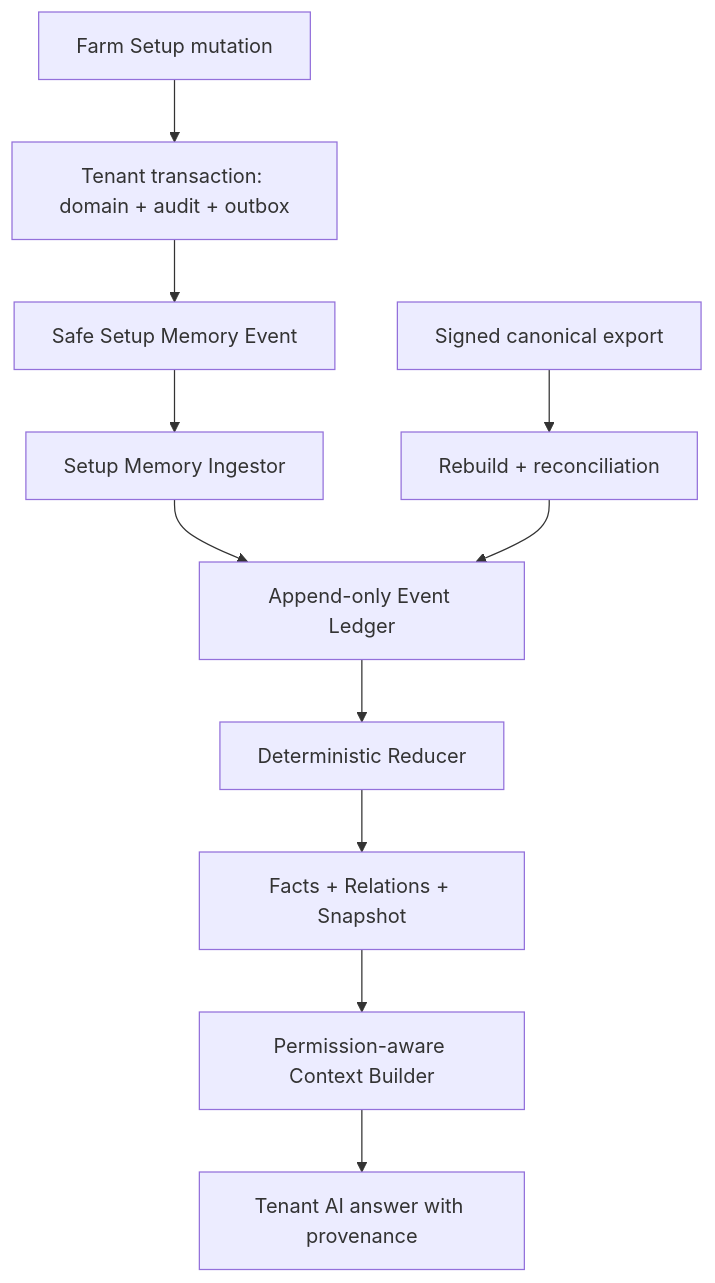
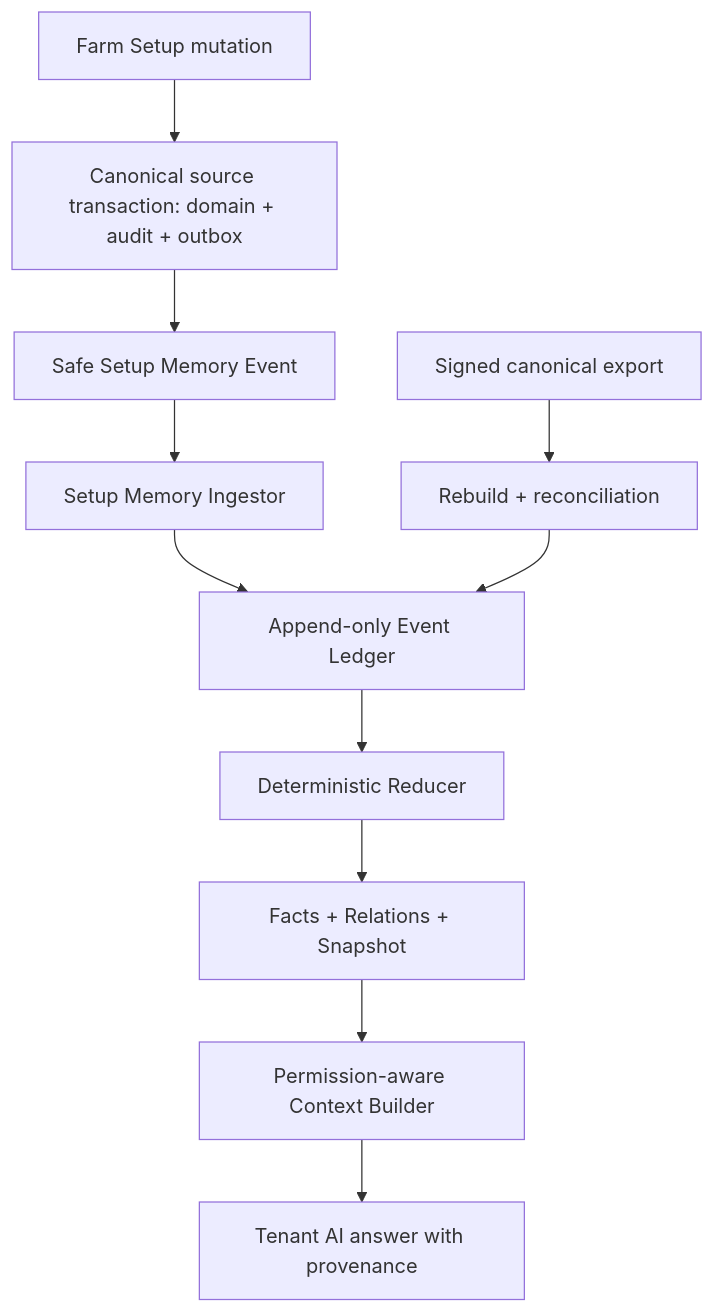
One commit to Okan-wqm/aquaculture_platform changed the diagram in docs/superpowers/specs/2026-08-24-tenant-setup-memory-kernel-design.md. Above: the diagram before and after it, drawn with Mermaid. The commit also changed other lines of this file, not shown here.

Commit message:
docs(ai): harden setup memory ordering and isolation contracts

````diff
--- a/docs/superpowers/specs/2026-08-24-tenant-setup-memory-kernel-design.md
+++ b/docs/superpowers/specs/2026-08-24-tenant-setup-memory-kernel-design.md
@@ -141,13 +141,13 @@
 ```mermaid
 flowchart TD
-  A["Farm Setup mutation"] --> B["Tenant transaction: domain + audit + outbox"]
+  A["Farm Setup mutation"] --> B["Canonical source transaction: domain + audit + outbox"]
   B --> C["Safe Setup Memory Event"]
   C --> D["Setup Memory Ingestor"]
   D --> E["Append-only Event Ledger"]
   E --> F["Deterministic Reducer"]
   F --> G["Facts + Relations + Snapshot"]
   G --> H["Permission-aware Context Builder"]
   H --> I["Tenant AI answer with provenance"]
   J["Signed canonical export"] --> K["Rebuild + reconciliation"]
   K --> E
 ```
````
